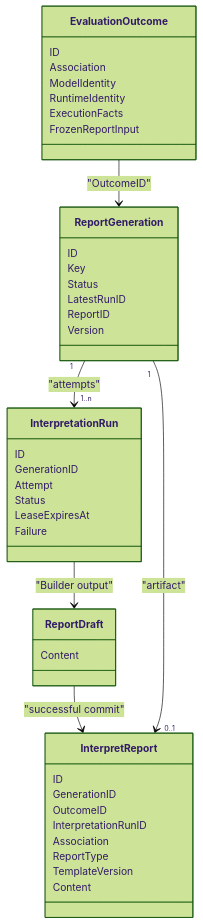
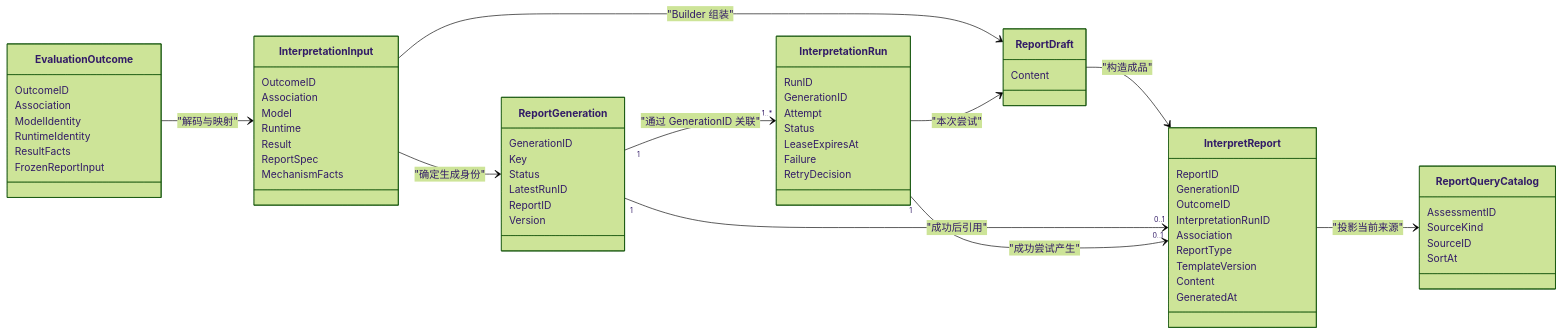
Before and after one commit to FangcunMount/qs-server: the first of 4 diagrams in docs/02-业务模块/40-interpretation/10-领域模型.md, drawn with Mermaid (forest theme). The commit also changed other lines of this file and 43 other files, not shown here.

````diff
--- a/docs/02-业务模块/40-interpretation/10-领域模型.md
+++ b/docs/02-业务模块/40-interpretation/10-领域模型.md
@@ -22,45 +64,75 @@
 ```mermaid
 classDiagram
+    direction LR
+
     class EvaluationOutcome {
-        ID
+        OutcomeID
         Association
         ModelIdentity
         RuntimeIdentity
-        ExecutionFacts
+        ResultFacts
         FrozenReportInput
     }
+
+    class InterpretationInput {
+        OutcomeID
+        Association
+        Model
+        Runtime
+        Result
+        ReportSpec
+        MechanismFacts
+    }
+
     class ReportGeneration {
-        ID
+        GenerationID
         Key
         Status
         LatestRunID
         ReportID
         Version
     }
+
     class InterpretationRun {
-        ID
+        RunID
         GenerationID
         Attempt
         Status
         LeaseExpiresAt
         Failure
+        RetryDecision
     }
+
     class ReportDraft {
         Content
     }
+
     class InterpretReport {
-        ID
+        ReportID
         GenerationID
         OutcomeID
         InterpretationRunID
         Association
         ReportType
         TemplateVersion
         Content
+        GeneratedAt
     }
-    EvaluationOutcome --> ReportGeneration : "OutcomeID"
-    ReportGeneration "1" --> "1..n" InterpretationRun : "attempts"
-    InterpretationRun --> ReportDraft : "Builder output"
-    ReportDraft --> InterpretReport : "successful commit"
-    ReportGeneration "1" --> "0..1" InterpretReport : "artifact"
+
+    class ReportQueryCatalog {
+        AssessmentID
+        SourceKind
+        SourceID
+        SortAt
+    }
+
+    EvaluationOutcome --> InterpretationInput : "解码与映射"
+    InterpretationInput --> ReportGeneration : "确定生成身份"
+    ReportGeneration "1" --> "1..*" InterpretationRun : "通过 GenerationID 关联"
+    InterpretationInput --> ReportDraft : "Builder 组装"
+    InterpretationRun --> ReportDraft : "本次尝试"
+    ReportDraft --> InterpretReport : "构造成品"
+    ReportGeneration "1" --> "0..1" InterpretReport : "成功后引用"
+    InterpretationRun "1" --> "0..1" InterpretReport : "成功尝试产生"
+    InterpretReport --> ReportQueryCatalog : "投影当前来源"
 ```
````
